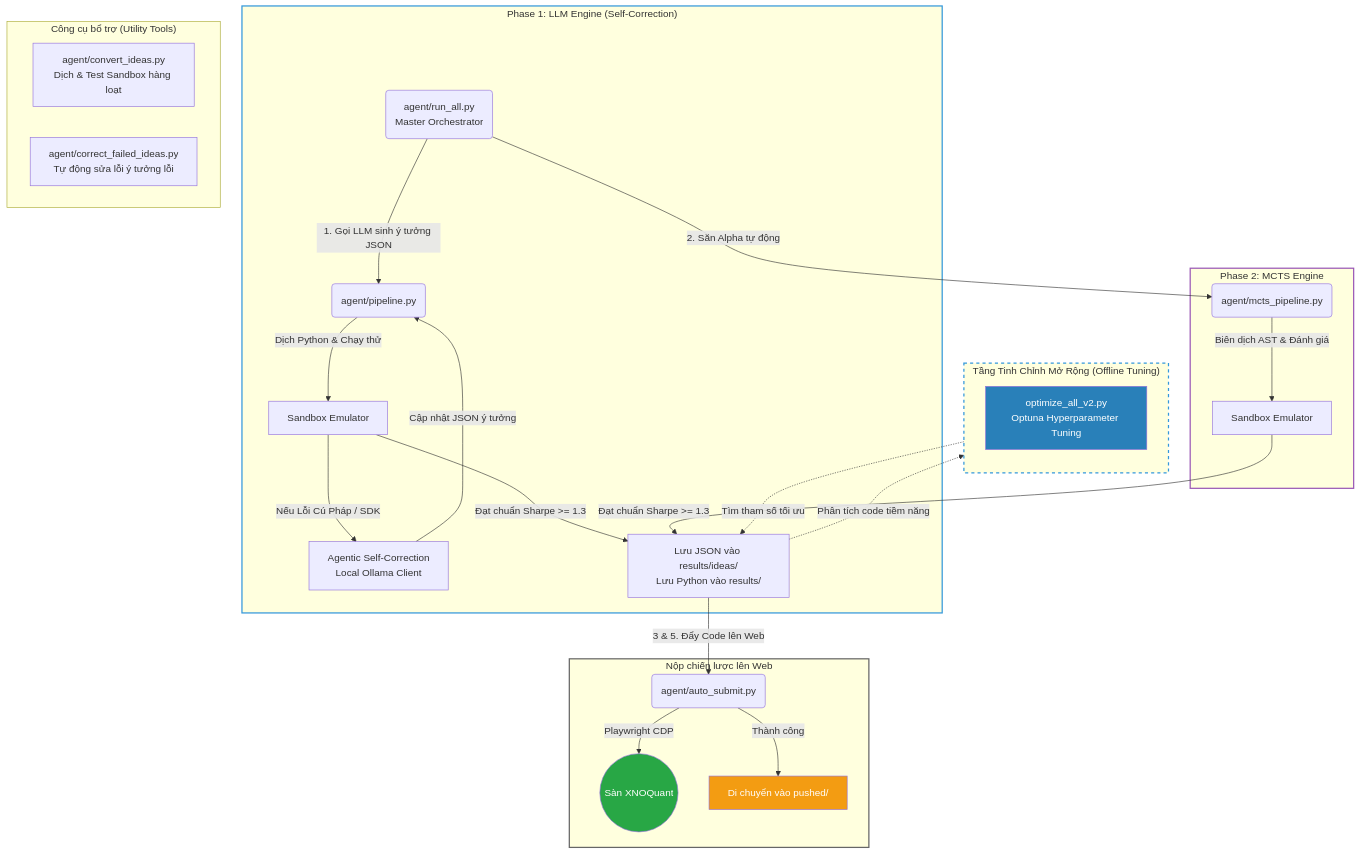
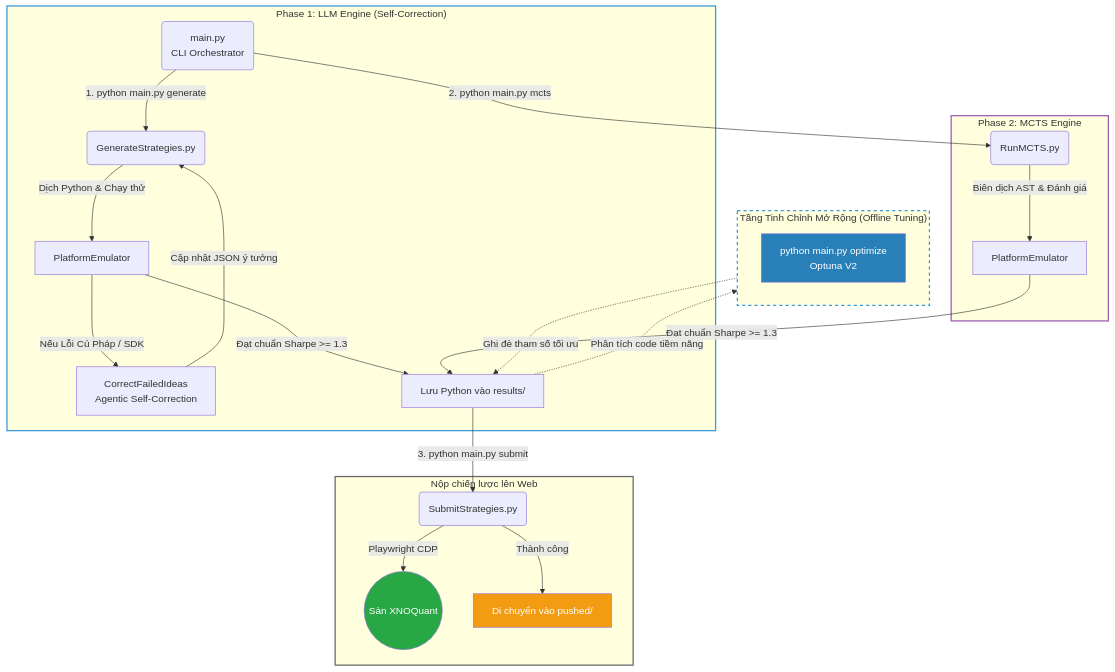
One commit to NguyenTrungAnh-ultra/alpha_farm changed the diagram in README.md. Above: the diagram before and after it, drawn with Mermaid. The commit also changed other lines of this file and 980 other files, not shown here.

Commit message:
refactor: restructure codebase to clean architecture and implement interactive CLI

````diff
--- a/README.md
+++ b/README.md
@@ -9,44 +9,39 @@
 ```mermaid
 graph TD
-    run_all(agent/run_all.py<br>Master Orchestrator)
+    run_all(main.py<br>CLI Orchestrator)
     
     subgraph LLM_Engine ["Phase 1: LLM Engine (Self-Correction)"]
-        run_all -->|1. Gọi LLM sinh ý tưởng JSON| pipeline(agent/pipeline.py)
-        pipeline -->|Dịch Python & Chạy thử| sandbox_val[Sandbox Emulator]
-        sandbox_val -->|Nếu Lỗi Cú Pháp / SDK| self_correct[Agentic Self-Correction<br>Local Ollama Client]
+        run_all -->|1. python main.py generate| pipeline(GenerateStrategies.py)
+        pipeline -->|Dịch Python & Chạy thử| sandbox_val[PlatformEmulator]
+        sandbox_val -->|Nếu Lỗi Cú Pháp / SDK| self_correct[CorrectFailedIdeas<br>Agentic Self-Correction]
         self_correct -->|Cập nhật JSON ý tưởng| pipeline
-        sandbox_val -->|Đạt chuẩn Sharpe >= 1.3| save_success[Lưu JSON vào results/ideas/<br>Lưu Python vào results/]
+        sandbox_val -->|Đạt chuẩn Sharpe >= 1.3| save_success[Lưu Python vào results/]
     end
     
     subgraph MCTS_Engine ["Phase 2: MCTS Engine"]
-        run_all -->|2. Săn Alpha tự động| mcts(agent/mcts_pipeline.py)
-        mcts -->|Biên dịch AST & Đánh giá| mcts_sandbox[Sandbox Emulator]
+        run_all -->|2. python main.py mcts| mcts(RunMCTS.py)
+        mcts -->|Biên dịch AST & Đánh giá| mcts_sandbox[PlatformEmulator]
         mcts_sandbox -->|Đạt chuẩn Sharpe >= 1.3| save_success
     end
     
     subgraph Offline_Tuning ["Tầng Tinh Chỉnh Mở Rộng (Offline Tuning)"]
         direction TB
-        save_success -.->|Phân tích code tiềm năng| optuna_tool[optimize_all_v2.py<br>Optuna Hyperparameter Tuning]
-        optuna_tool -.->|Tìm tham số tối ưu| save_success
+        save_success -.->|Phân tích code tiềm năng| optuna_tool[python main.py optimize<br>Optuna V2]
+        optuna_tool -.->|Ghi đè tham số tối ưu| save_success
     end
 
     subgraph Web_Environment ["Nộp chiến lược lên Web"]
-        auto_sub(agent/auto_submit.py)
-        save_success -->|3 & 5. Đẩy Code lên Web| auto_sub
+        auto_sub(SubmitStrategies.py)
+        save_success -->|3. python main.py submit| auto_sub
         auto_sub -->|Playwright CDP| xno_web((Sàn XNOQuant))
         auto_sub -->|Thành công| pushed[Di chuyển vào pushed/]
-    end
-
-    subgraph Utilities ["Công cụ bổ trợ (Utility Tools)"]
-        convert_tool[agent/convert_ideas.py<br>Dịch & Test Sandbox hàng loạt]
-        correct_tool[agent/correct_failed_ideas.py<br>Tự động sửa lỗi ý tưởng lỗi]
     end
 
     style LLM_Engine stroke:#3498db,stroke-width:2px
     style MCTS_Engine stroke:#9b59b6,stroke-width:2px
     style Web_Environment stroke:#666,stroke-width:2px
     style Offline_Tuning stroke:#3498db,stroke-width:2px,stroke-dasharray: 5 5
     style xno_web fill:#28a745,color:#fff
     style pushed fill:#f39c12,color:#fff
     style optuna_tool fill:#2980b9,color:#fff
 ```
````
